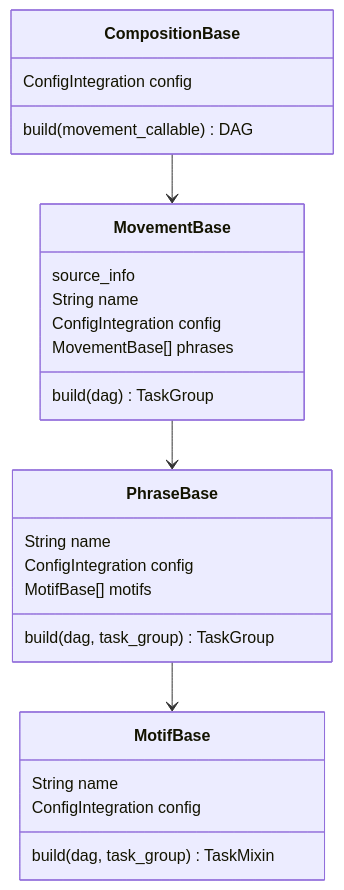
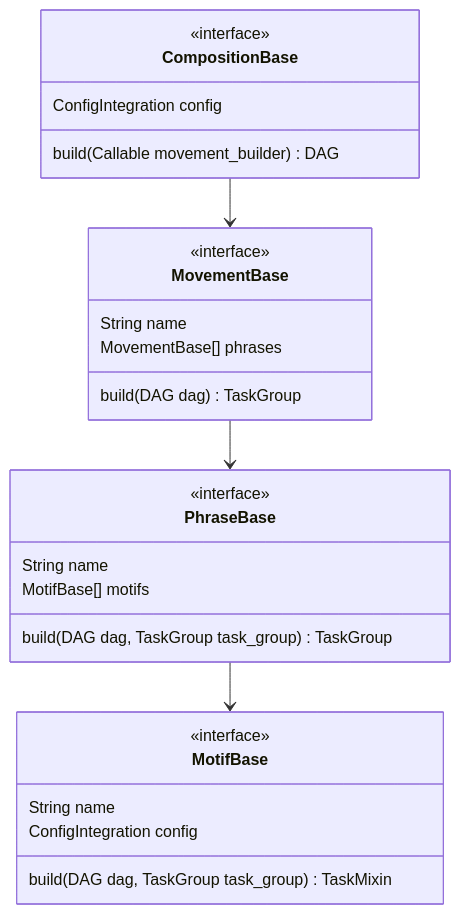
The diagram in README.md (debussy-labs/debussy_concert), drawn with Mermaid before and after one commit.

Commit message:
readme - updating to reflect changes

````diff
--- a/README.md
+++ b/README.md
@@ -6,32 +6,33 @@
 ```mermaid
 classDiagram
 class CompositionBase {
+    <<interface>>
     ConfigIntegration config
-    build(movement_callable) DAG
+    build(Callable movement_builder) DAG
 }
 
 class MovementBase {
-    source_info
+    <<interface>>
     String name
-    ConfigIntegration config
     MovementBase[] phrases
-    build(dag) TaskGroup
+    build(DAG dag) TaskGroup
 }
 
 class PhraseBase{
+    <<interface>>
     String name
-    ConfigIntegration config
     MotifBase[] motifs
-    build(dag, task_group) TaskGroup
+    build(DAG dag, TaskGroup task_group) TaskGroup
 }
 
 class MotifBase {
+    <<interface>>
     String name
     ConfigIntegration config
-    build(dag, task_group) TaskMixin
+    build(DAG dag, TaskGroup task_group) TaskMixin
 }
 
 CompositionBase --> MovementBase
 MovementBase --> PhraseBase
 PhraseBase --> MotifBase
 ```
````
